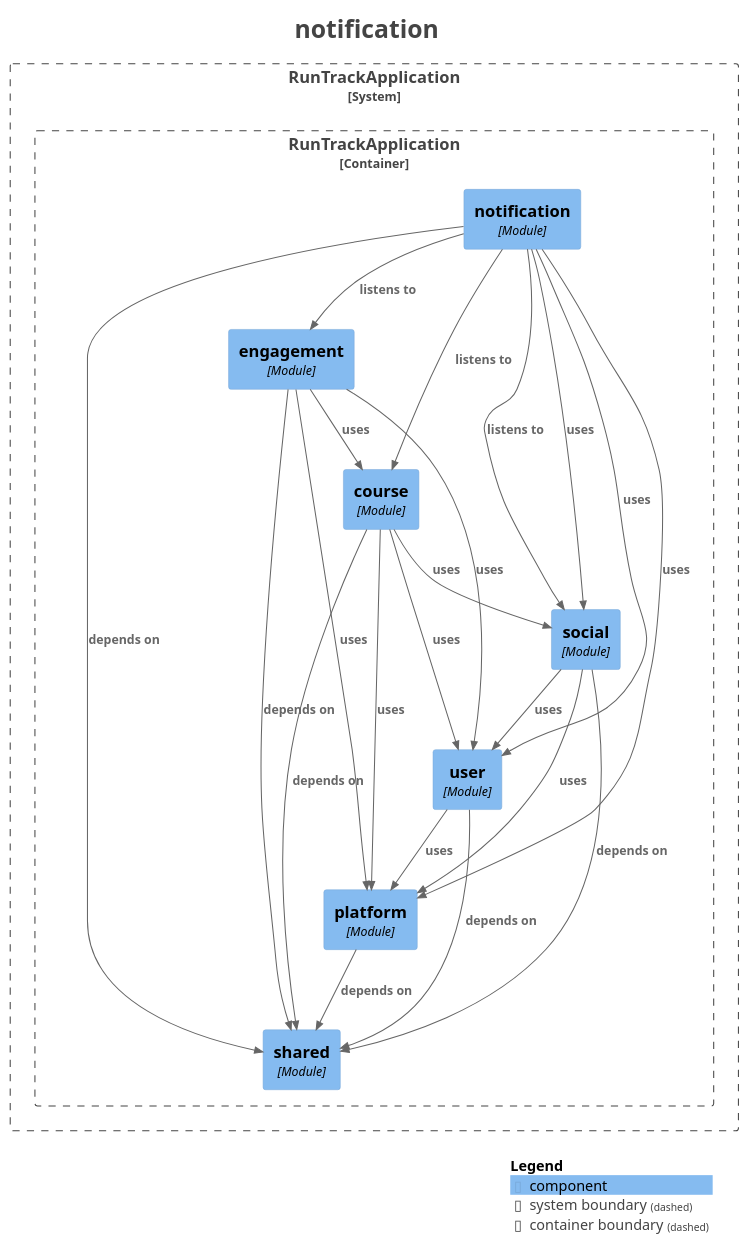
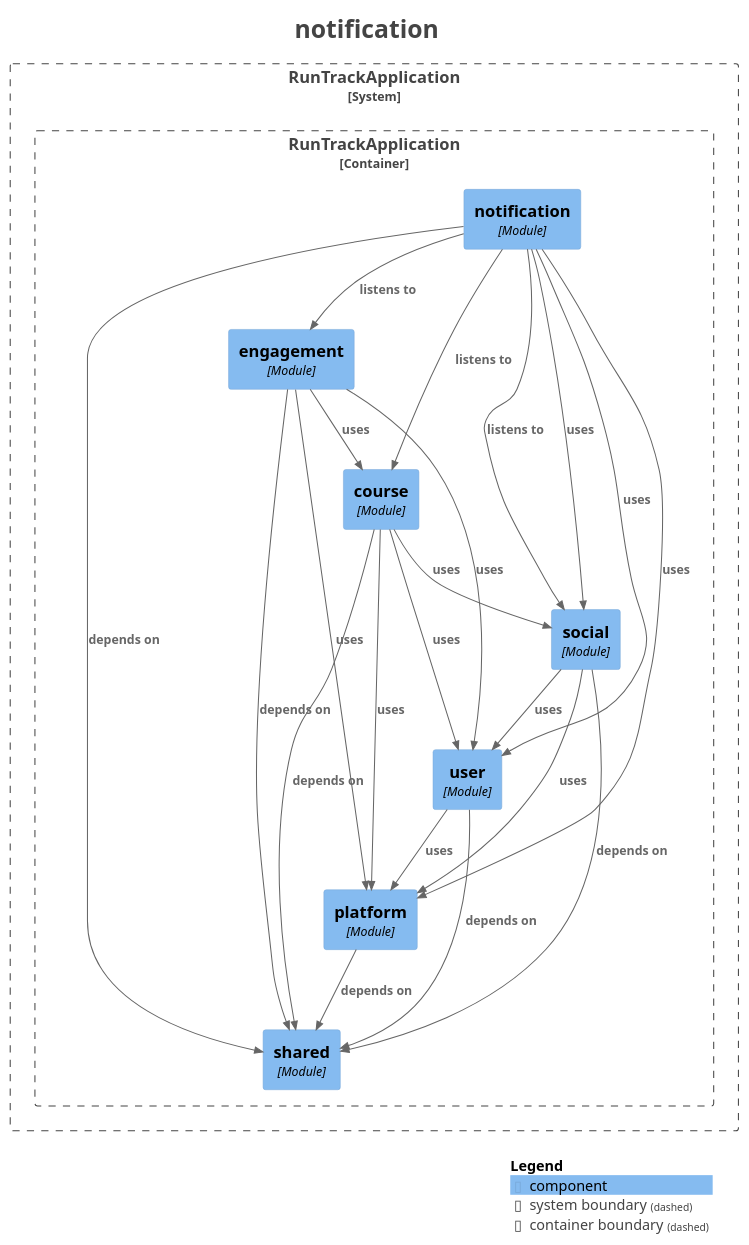
One commit to ThoRibeiro/runtrack changed the diagram in docs/modules/module-notification.puml. Above: the diagram before and after it, drawn with PlantUML. The commit also changed other lines of this file and 12 other files, not shown here.

Commit message:
docs: refresh the generated module diagrams

```diff
--- a/docs/modules/module-notification.puml
+++ b/docs/modules/module-notification.puml
@@ -1,55 +1,55 @@
 @startuml
 title <size:24>notification</size>
 
 set separator none
 top to bottom direction
 
 <style>
   root {
     BackgroundColor: #ffffff
     FontColor: #444444
   }
 </style>
 
 !include <C4/C4>
 !include <C4/C4_Context>
 !include <C4/C4_Component>
 
 System_Boundary("RunTrackApplication_boundary", "RunTrackApplication", $tags="") {
   Container_Boundary("RunTrackApplication.RunTrackApplication_boundary", "RunTrackApplication", $tags="") {
     Component(RunTrackApplication.RunTrackApplication.engagement, "engagement", $techn="Module", $descr="", $tags="", $link="")
     Component(RunTrackApplication.RunTrackApplication.notification, "notification", $techn="Module", $descr="", $tags="", $link="")
     Component(RunTrackApplication.RunTrackApplication.shared, "shared", $techn="Module", $descr="", $tags="", $link="")
     Component(RunTrackApplication.RunTrackApplication.platform, "platform", $techn="Module", $descr="", $tags="", $link="")
     Component(RunTrackApplication.RunTrackApplication.user, "user", $techn="Module", $descr="", $tags="", $link="")
     Component(RunTrackApplication.RunTrackApplication.social, "social", $techn="Module", $descr="", $tags="", $link="")
     Component(RunTrackApplication.RunTrackApplication.course, "course", $techn="Module", $descr="", $tags="", $link="")
   }
 
 }
 
 Rel(RunTrackApplication.RunTrackApplication.notification, RunTrackApplication.RunTrackApplication.social, "listens to", $techn="", $tags="", $link="")
+Rel(RunTrackApplication.RunTrackApplication.notification, RunTrackApplication.RunTrackApplication.engagement, "listens to", $techn="", $tags="", $link="")
 Rel(RunTrackApplication.RunTrackApplication.notification, RunTrackApplication.RunTrackApplication.course, "listens to", $techn="", $tags="", $link="")
-Rel(RunTrackApplication.RunTrackApplication.notification, RunTrackApplication.RunTrackApplication.engagement, "listens to", $techn="", $tags="", $link="")
 Rel(RunTrackApplication.RunTrackApplication.notification, RunTrackApplication.RunTrackApplication.shared, "depends on", $techn="", $tags="", $link="")
 Rel(RunTrackApplication.RunTrackApplication.notification, RunTrackApplication.RunTrackApplication.platform, "uses", $techn="", $tags="", $link="")
 Rel(RunTrackApplication.RunTrackApplication.notification, RunTrackApplication.RunTrackApplication.social, "uses", $techn="", $tags="", $link="")
 Rel(RunTrackApplication.RunTrackApplication.notification, RunTrackApplication.RunTrackApplication.user, "uses", $techn="", $tags="", $link="")
 Rel(RunTrackApplication.RunTrackApplication.user, RunTrackApplication.RunTrackApplication.shared, "depends on", $techn="", $tags="", $link="")
 Rel(RunTrackApplication.RunTrackApplication.user, RunTrackApplication.RunTrackApplication.platform, "uses", $techn="", $tags="", $link="")
+Rel(RunTrackApplication.RunTrackApplication.social, RunTrackApplication.RunTrackApplication.shared, "depends on", $techn="", $tags="", $link="")
+Rel(RunTrackApplication.RunTrackApplication.social, RunTrackApplication.RunTrackApplication.platform, "uses", $techn="", $tags="", $link="")
+Rel(RunTrackApplication.RunTrackApplication.social, RunTrackApplication.RunTrackApplication.user, "uses", $techn="", $tags="", $link="")
+Rel(RunTrackApplication.RunTrackApplication.platform, RunTrackApplication.RunTrackApplication.shared, "depends on", $techn="", $tags="", $link="")
+Rel(RunTrackApplication.RunTrackApplication.engagement, RunTrackApplication.RunTrackApplication.shared, "depends on", $techn="", $tags="", $link="")
+Rel(RunTrackApplication.RunTrackApplication.engagement, RunTrackApplication.RunTrackApplication.platform, "uses", $techn="", $tags="", $link="")
+Rel(RunTrackApplication.RunTrackApplication.engagement, RunTrackApplication.RunTrackApplication.user, "uses", $techn="", $tags="", $link="")
+Rel(RunTrackApplication.RunTrackApplication.engagement, RunTrackApplication.RunTrackApplication.course, "uses", $techn="", $tags="", $link="")
 Rel(RunTrackApplication.RunTrackApplication.course, RunTrackApplication.RunTrackApplication.shared, "depends on", $techn="", $tags="", $link="")
 Rel(RunTrackApplication.RunTrackApplication.course, RunTrackApplication.RunTrackApplication.user, "uses", $techn="", $tags="", $link="")
 Rel(RunTrackApplication.RunTrackApplication.course, RunTrackApplication.RunTrackApplication.social, "uses", $techn="", $tags="", $link="")
 Rel(RunTrackApplication.RunTrackApplication.course, RunTrackApplication.RunTrackApplication.platform, "uses", $techn="", $tags="", $link="")
-Rel(RunTrackApplication.RunTrackApplication.engagement, RunTrackApplication.RunTrackApplication.shared, "depends on", $techn="", $tags="", $link="")
-Rel(RunTrackApplication.RunTrackApplication.engagement, RunTrackApplication.RunTrackApplication.platform, "uses", $techn="", $tags="", $link="")
-Rel(RunTrackApplication.RunTrackApplication.engagement, RunTrackApplication.RunTrackApplication.user, "uses", $techn="", $tags="", $link="")
-Rel(RunTrackApplication.RunTrackApplication.engagement, RunTrackApplication.RunTrackApplication.course, "uses", $techn="", $tags="", $link="")
-Rel(RunTrackApplication.RunTrackApplication.platform, RunTrackApplication.RunTrackApplication.shared, "depends on", $techn="", $tags="", $link="")
-Rel(RunTrackApplication.RunTrackApplication.social, RunTrackApplication.RunTrackApplication.shared, "depends on", $techn="", $tags="", $link="")
-Rel(RunTrackApplication.RunTrackApplication.social, RunTrackApplication.RunTrackApplication.platform, "uses", $techn="", $tags="", $link="")
-Rel(RunTrackApplication.RunTrackApplication.social, RunTrackApplication.RunTrackApplication.user, "uses", $techn="", $tags="", $link="")
 
 SHOW_LEGEND(true)
 hide stereotypes
 @enduml
```
